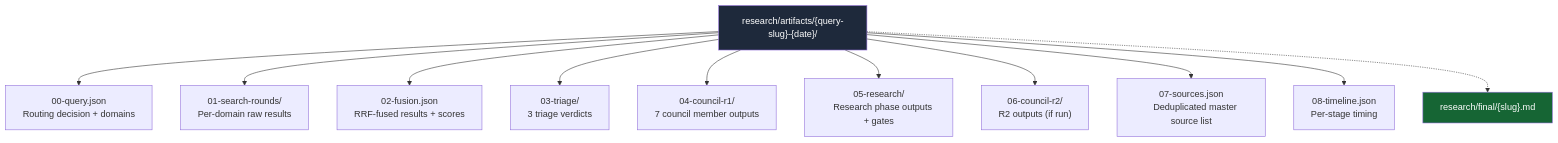
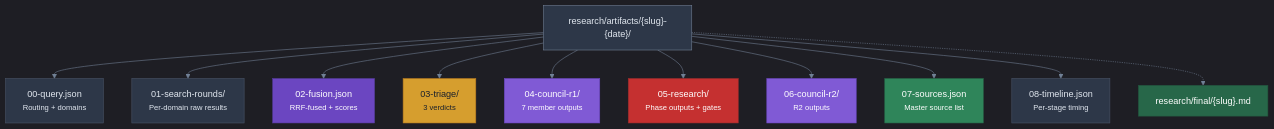
The fifth of 5 diagrams in docs/ARCHITECTURE.md (adambkovacs/seine-agentic-search-orchestrator-plugin), drawn with Mermaid before and after one commit. The commit also changed other lines of this file and 1 other file, not shown here.

First line of the commit message:
fix: replace buggy block-beta Mermaid with graph LR, overhaul ARCHITECTURE.md

````diff
--- a/docs/ARCHITECTURE.md
+++ b/docs/ARCHITECTURE.md
@@ -191,26 +235,26 @@
 ```mermaid
+%%{init: {'theme': 'dark', 'themeVariables': {'primaryColor': '#2D3748', 'primaryTextColor': '#E2E8F0', 'lineColor': '#718096'}}}%%
 graph TD
-    ROOT["research/artifacts/{query-slug}-{date}/"] --> Q0["00-query.json
-    Routing decision + domains"]
-    ROOT --> S1["01-search-rounds/
-    Per-domain raw results"]
-    ROOT --> F2["02-fusion.json
-    RRF-fused results + scores"]
-    ROOT --> T3["03-triage/
-    3 triage verdicts"]
-    ROOT --> C4["04-council-r1/
-    7 council member outputs"]
-    ROOT --> R5["05-research/
-    Research phase outputs + gates"]
-    ROOT --> C6["06-council-r2/
-    R2 outputs (if run)"]
-    ROOT --> S7["07-sources.json
-    Deduplicated master source list"]
-    ROOT --> T8["08-timeline.json
-    Per-stage timing"]
-
+    ROOT["research/artifacts/{slug}-{date}/"] --> Q0["00-query.json<br/><small>Routing + domains</small>"]
+    ROOT --> S1["01-search-rounds/<br/><small>Per-domain raw results</small>"]
+    ROOT --> F2["02-fusion.json<br/><small>RRF-fused + scores</small>"]
+    ROOT --> T3["03-triage/<br/><small>3 verdicts</small>"]
+    ROOT --> C4["04-council-r1/<br/><small>7 member outputs</small>"]
+    ROOT --> R5["05-research/<br/><small>Phase outputs + gates</small>"]
+    ROOT --> C6["06-council-r2/<br/><small>R2 outputs</small>"]
+    ROOT --> S7["07-sources.json<br/><small>Master source list</small>"]
+    ROOT --> T8["08-timeline.json<br/><small>Per-stage timing</small>"]
     ROOT -.-> FINAL["research/final/{slug}.md"]
 
-    style ROOT fill:#1E293B,color:#fff
-    style FINAL fill:#166534,color:#fff
+    style ROOT fill:#2D3748,color:#E2E8F0,stroke:#718096
+    style Q0 fill:#2D3748,color:#E2E8F0,stroke:#4A5568
+    style S1 fill:#2D3748,color:#E2E8F0,stroke:#4A5568
+    style F2 fill:#6B46C1,color:#fff,stroke:#553C9A
+    style T3 fill:#D69E2E,color:#1A202C,stroke:#B7791F
+    style C4 fill:#805AD5,color:#fff,stroke:#6B46C1
+    style R5 fill:#C53030,color:#fff,stroke:#9B2C2C
+    style C6 fill:#805AD5,color:#fff,stroke:#6B46C1
+    style S7 fill:#2F855A,color:#fff,stroke:#276749
+    style T8 fill:#2D3748,color:#E2E8F0,stroke:#4A5568
+    style FINAL fill:#276749,color:#fff,stroke:#22543D
 ```
````
